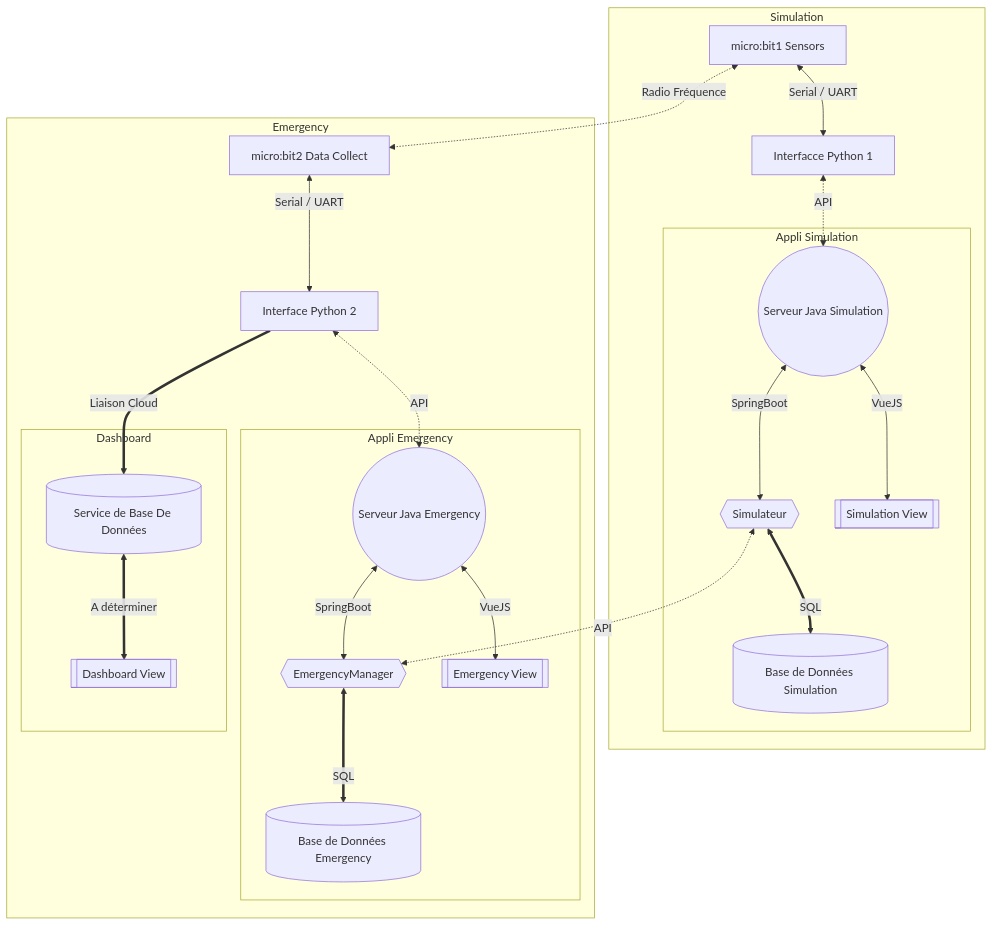
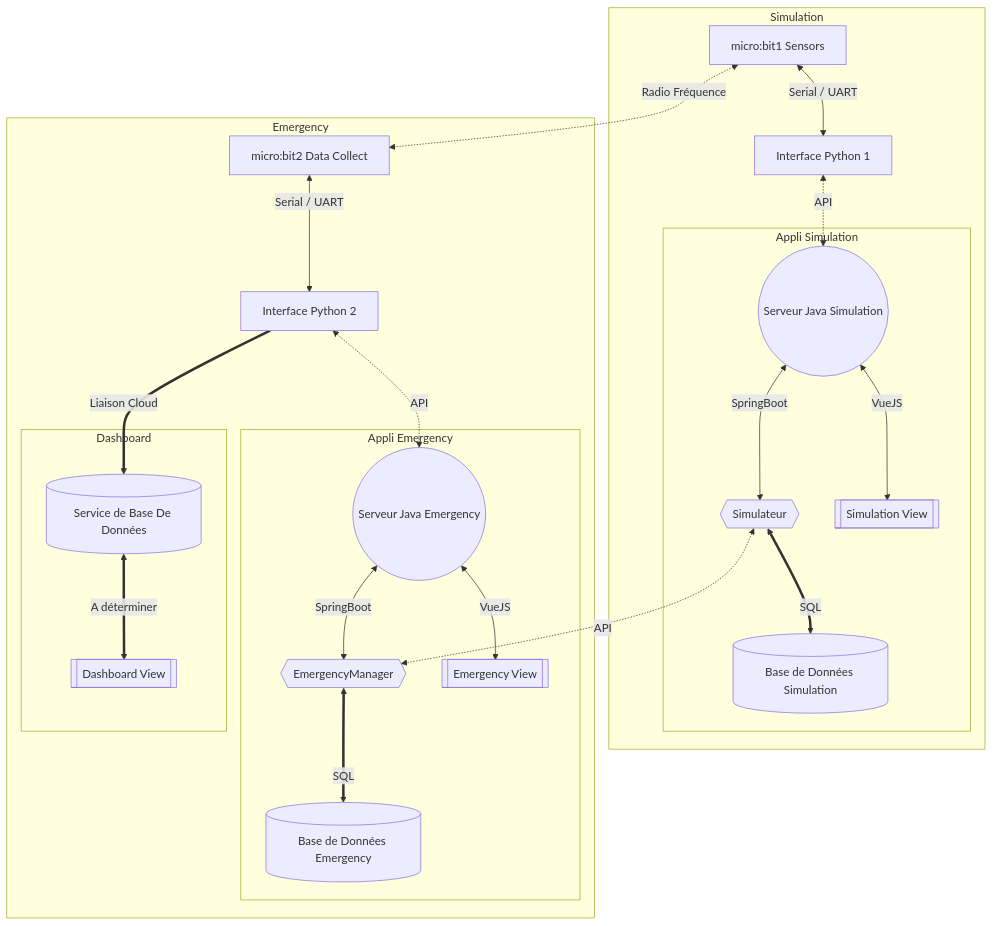
One commit to B4tiste/PRJSC_Equipe_9 changed the diagram in README.md. Above: the diagram before and after it, drawn with Mermaid. The commit also changed 1 other file, not shown here.

Commit message:
Création branche simulateur python

````diff
--- a/README.md
+++ b/README.md
@@ -4,33 +4,33 @@
 ```mermaid
 graph TB
     
     %% Lien entre zones
     mb1[micro:bit1 Sensors] <-. Radio Fréquence .-> mb2[micro:bit2 Data Collect]
     simu <-. API .-> em
     
     %% Zone simu
     subgraph one [Simulation]
-        mb1 <-- Serial / UART --> py1[Interfacce Python 1]
+        mb1 <-- Serial / UART --> py1[Interface Python 1]
         py1 <-. API .-> web1((Serveur Java Simulation))
         subgraph app1 [Appli Simulation]
             web1 <-- VueJS --> wv1[[Simulation View]]
             web1 <-- SpringBoot --> simu{{Simulateur}}
             simu <== SQL ==> bdd1[(Base de Données Simulation)]
         end 
     end
 
     %% Zone Urgence
     subgraph two [Emergency]
         mb2 <-- Serial / UART --> py2[Interface Python 2]
         subgraph app2 [Appli Emergency]
             web2 <-- VueJS --> wv2[[Emergency View]]
             web2 <-- SpringBoot --> em{{EmergencyManager}}
             em <== SQL ==> bdd2[(Base de Données Emergency)]
         end
         py2 <-. API .-> web2((Serveur Java Emergency))
         py2 == Liaison Cloud ==> bdd3[(Service de Base De Données)]
         subgraph dashboard [Dashboard]
             bdd3 <== A déterminer ==> db[[Dashboard View]]
         end
     end
 ```
````
